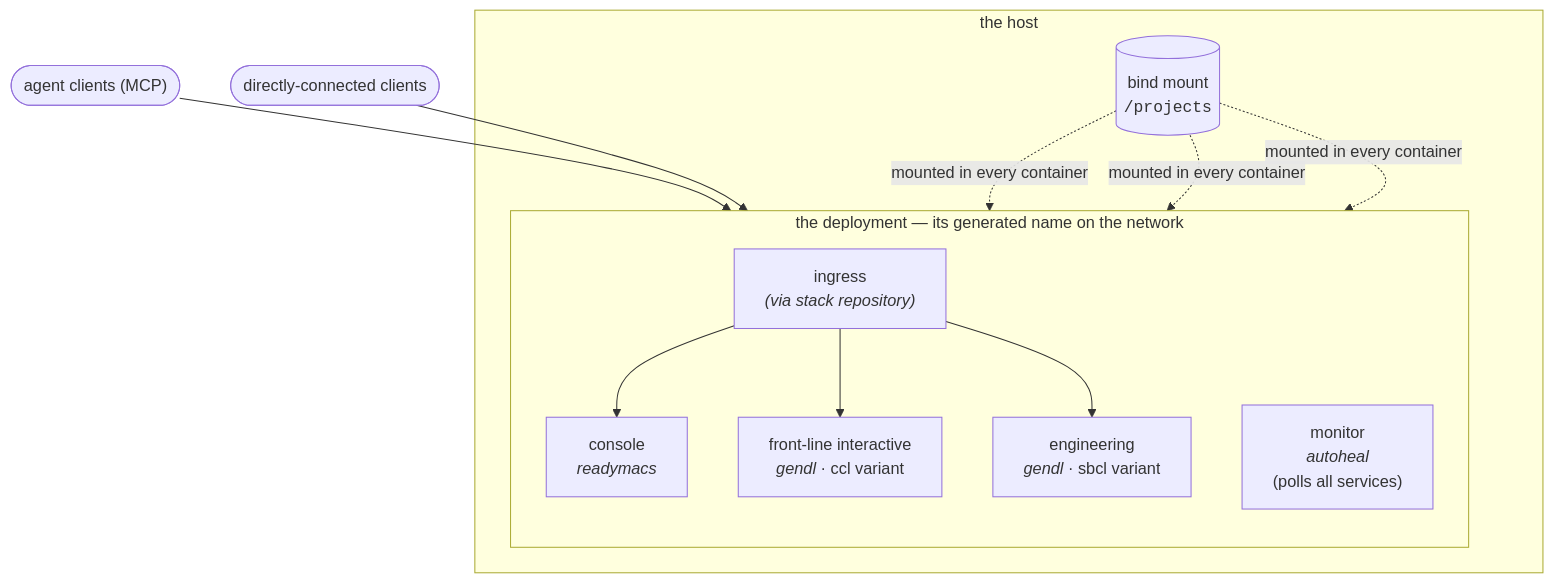
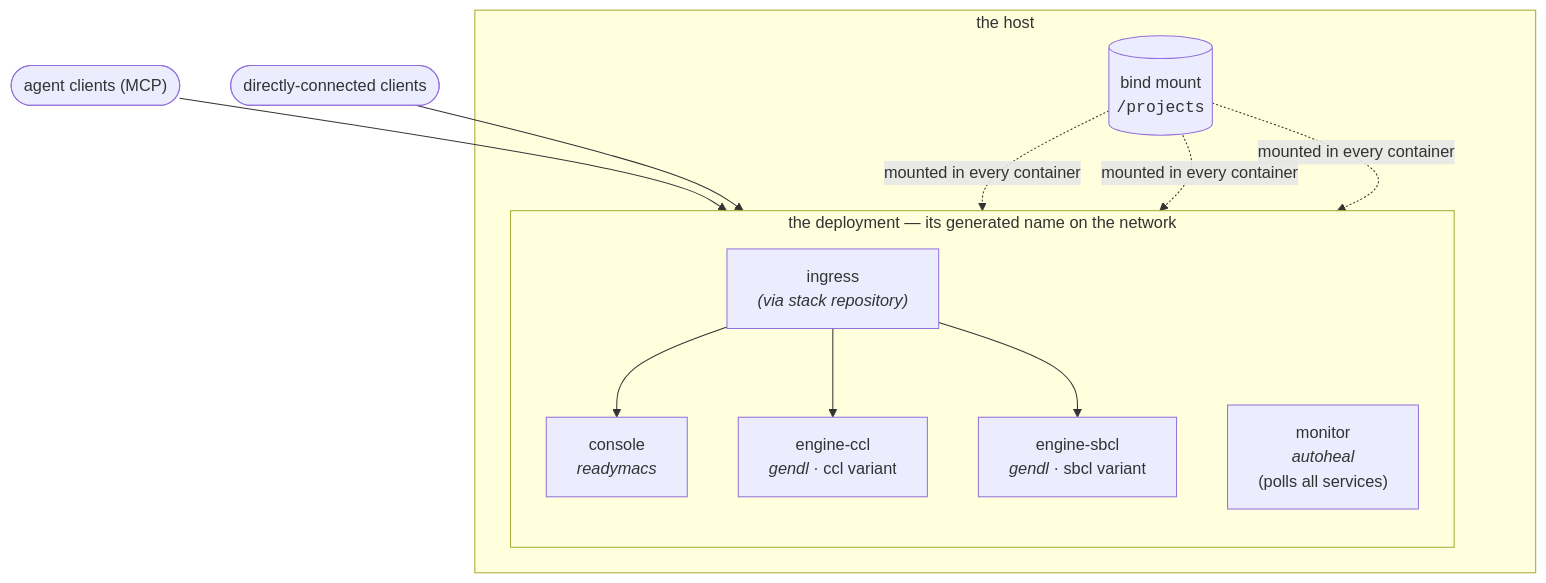
The second of 2 diagrams in BASALT.md (genworks/basalt), drawn with Mermaid before and after one commit. The commit also changed other lines of this file and 11 other files, not shown here.

````diff
--- a/BASALT.md
+++ b/BASALT.md
@@ -132,18 +132,18 @@
 ```mermaid
 flowchart TB
     subgraph host["the host"]
       subgraph deployment["the deployment — its generated name on the network"]
         direction TB
         CON["console<br/><i>readymacs</i>"]
-        FLI["front-line interactive<br/><i>gendl</i> · ccl variant"]
-        ENG["engineering<br/><i>gendl</i> · sbcl variant"]
+        FLI["engine-ccl<br/><i>gendl</i> · ccl variant"]
+        ENG["engine-sbcl<br/><i>gendl</i> · sbcl variant"]
         MON["monitor<br/><i>autoheal</i><br/>(polls all services)"]
         ING["ingress<br/><i>(via stack repository)</i>"]
       end
       SHELF[("bind mount<br/><code>/projects</code>")]
     end
     P(["agent clients (MCP)"]) --> CON
     G(["directly-connected clients"]) --> ING
     ING --> CON & FLI & ENG
     SHELF -.mounted in every container.-> CON & FLI & ENG
 ```
````
